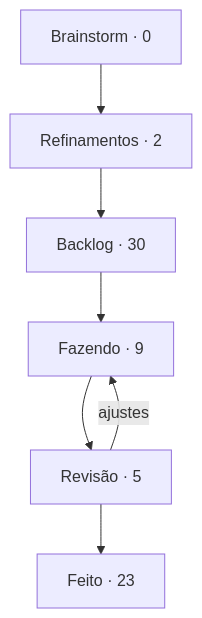
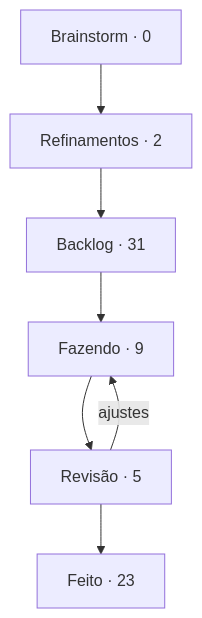
The diagram in boards/dungeon-bend/BOARD.md (StudioVibi/VibiKanban), drawn with Mermaid before and after one commit. The commit also changed other lines of this file and 3 other files, not shown here.

````diff
--- a/boards/dungeon-bend/BOARD.md
+++ b/boards/dungeon-bend/BOARD.md
@@ -5,12 +5,12 @@
 ```mermaid
 flowchart TD
   brainstorm["Brainstorm · 0"] --> refinamentos["Refinamentos · 2"]
-  refinamentos --> backlog["Backlog · 30"]
+  refinamentos --> backlog["Backlog · 31"]
   backlog --> doing["Fazendo · 9"]
   doing --> review["Revisão · 5"]
   review --> done["Feito · 23"]
   review -->|ajustes| doing
   doing:::blue
   review:::yellow
   done:::green
 ```
````
